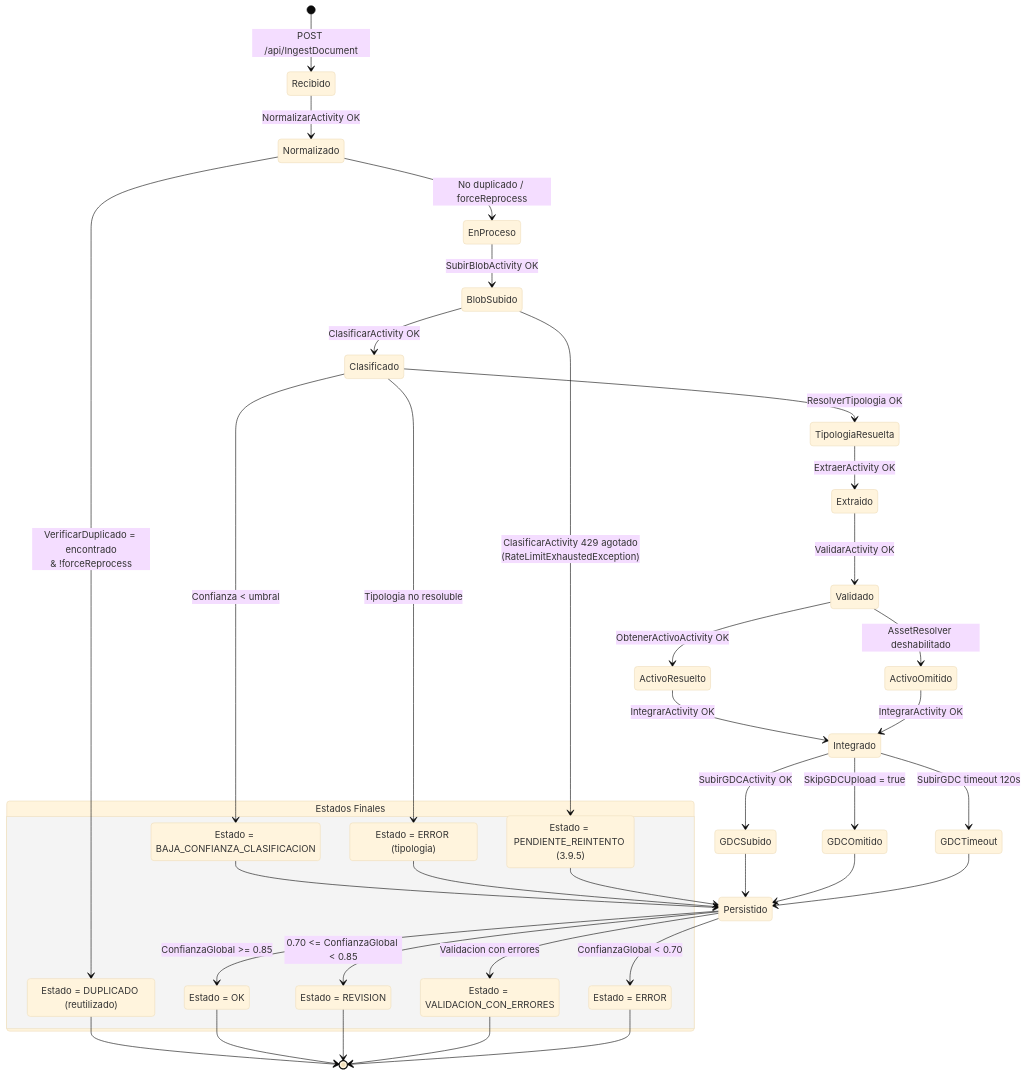
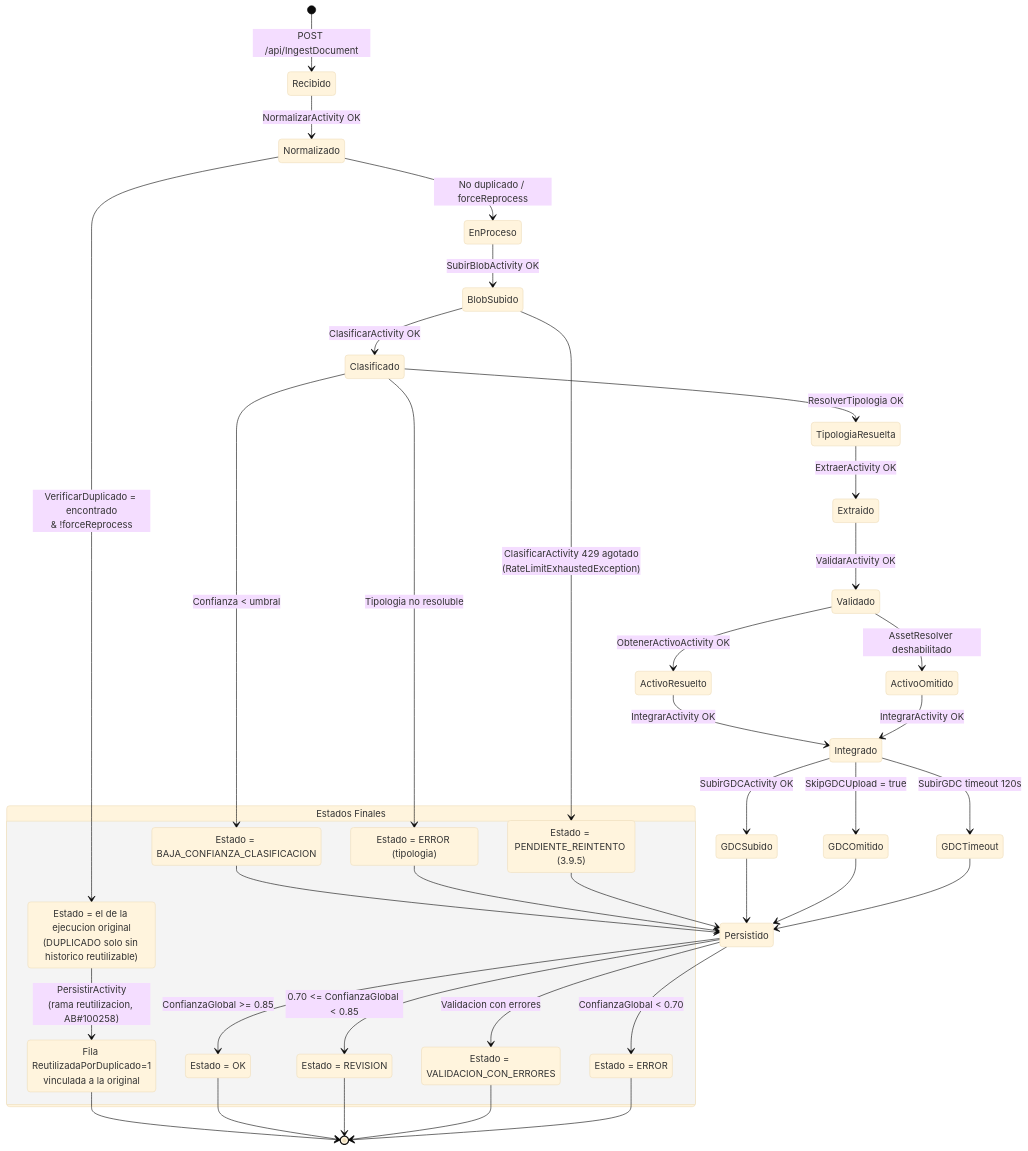
One commit to nvcrisologo02/AI-DocClassExt changed diagram 12 of 12 in docs/03_DISENO_TECNICO_DETALLADO.md. Above: the diagram before and after it, drawn with Mermaid (base theme). The commit also changed other lines of this file and 8 other files, not shown here.

````diff
--- a/docs/03_DISENO_TECNICO_DETALLADO.md
+++ b/docs/03_DISENO_TECNICO_DETALLADO.md
@@ -1400,56 +1411,58 @@
 ```mermaid
 stateDiagram-v2
     [*] --> Recibido : POST /api/IngestDocument
 
     Recibido --> Normalizado : NormalizarActivity OK
 
     Normalizado --> Duplicado : VerificarDuplicado = encontrado<br/>& !forceReprocess
     Normalizado --> EnProceso : No duplicado / forceReprocess
 
     EnProceso --> BlobSubido : SubirBlobActivity OK
     BlobSubido --> Clasificado : ClasificarActivity OK
     BlobSubido --> RateLimitAgotado : ClasificarActivity 429 agotado<br/>(RateLimitExhaustedException)
 
     Clasificado --> BajaConfianza : Confianza < umbral
     Clasificado --> TipologiaResuelta : ResolverTipologia OK
     Clasificado --> ErrorTipologia : Tipologia no resoluble
 
     TipologiaResuelta --> Extraido : ExtraerActivity OK
     Extraido --> Validado : ValidarActivity OK
     Validado --> ActivoResuelto : ObtenerActivoActivity OK
     Validado --> ActivoOmitido : AssetResolver deshabilitado
     ActivoResuelto --> Integrado : IntegrarActivity OK
     ActivoOmitido --> Integrado : IntegrarActivity OK
     Integrado --> GDCSubido : SubirGDCActivity OK
     Integrado --> GDCOmitido : SkipGDCUpload = true
     Integrado --> GDCTimeout : SubirGDC timeout 120s
 
     GDCSubido --> Persistido
     GDCOmitido --> Persistido
     GDCTimeout --> Persistido
 
     Persistido --> OK : ConfianzaGlobal >= 0.85
     Persistido --> Revision : 0.70 <= ConfianzaGlobal < 0.85
     Persistido --> ValidacionConErrores : Validacion con errores
     Persistido --> ErrorEstado : ConfianzaGlobal < 0.70
 
-    Duplicado --> [*]
+    Duplicado --> ReutilizacionRegistrada : PersistirActivity<br/>(rama reutilizacion, AB#100258)
+    ReutilizacionRegistrada --> [*]
     BajaConfianza --> Persistido
     ErrorTipologia --> Persistido
     RateLimitAgotado --> Persistido
     OK --> [*]
     Revision --> [*]
     ValidacionConErrores --> [*]
     ErrorEstado --> [*]
 
     state "Estados Finales" as finals {
         OK : Estado = OK
         Revision : Estado = REVISION
         ValidacionConErrores : Estado = VALIDACION_CON_ERRORES
         BajaConfianza : Estado = BAJA_CONFIANZA_CLASIFICACION
         ErrorEstado : Estado = ERROR
-        Duplicado : Estado = DUPLICADO (reutilizado)
+        Duplicado : Estado = el de la ejecucion original<br/>(DUPLICADO solo sin historico reutilizable)
+        ReutilizacionRegistrada : Fila ReutilizadaPorDuplicado=1<br/>vinculada a la original
         ErrorTipologia : Estado = ERROR (tipologia)
         RateLimitAgotado : Estado = PENDIENTE_REINTENTO (3.9.5)
     }
 ```
````
